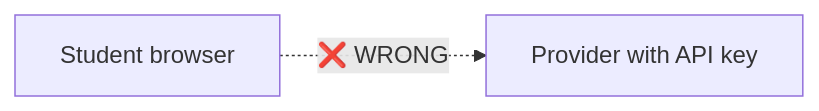
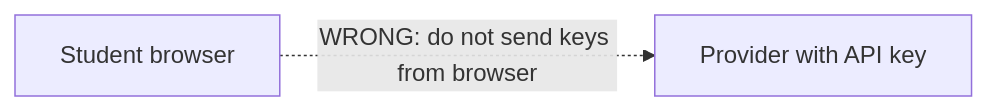
Before and after one commit to maxmed/code-yetu-soma: the seventh of 7 diagrams in docs/workshop/lessons/03-soma-architecture.md, drawn with Mermaid. The commit also changed other lines of this file, not shown here.

Commit message:
Finish Lesson 3 Mermaid diagram cleanup

````diff
--- a/docs/workshop/lessons/03-soma-architecture.md
+++ b/docs/workshop/lessons/03-soma-architecture.md
@@ -250,7 +256,7 @@
 ```mermaid
 flowchart LR
   browser["Student browser"]
   provider["Provider with API key"]
 
-  browser -.->|"❌ WRONG"| provider
+  browser -.->|"WRONG: do not send keys from browser"| provider
 ```
````
